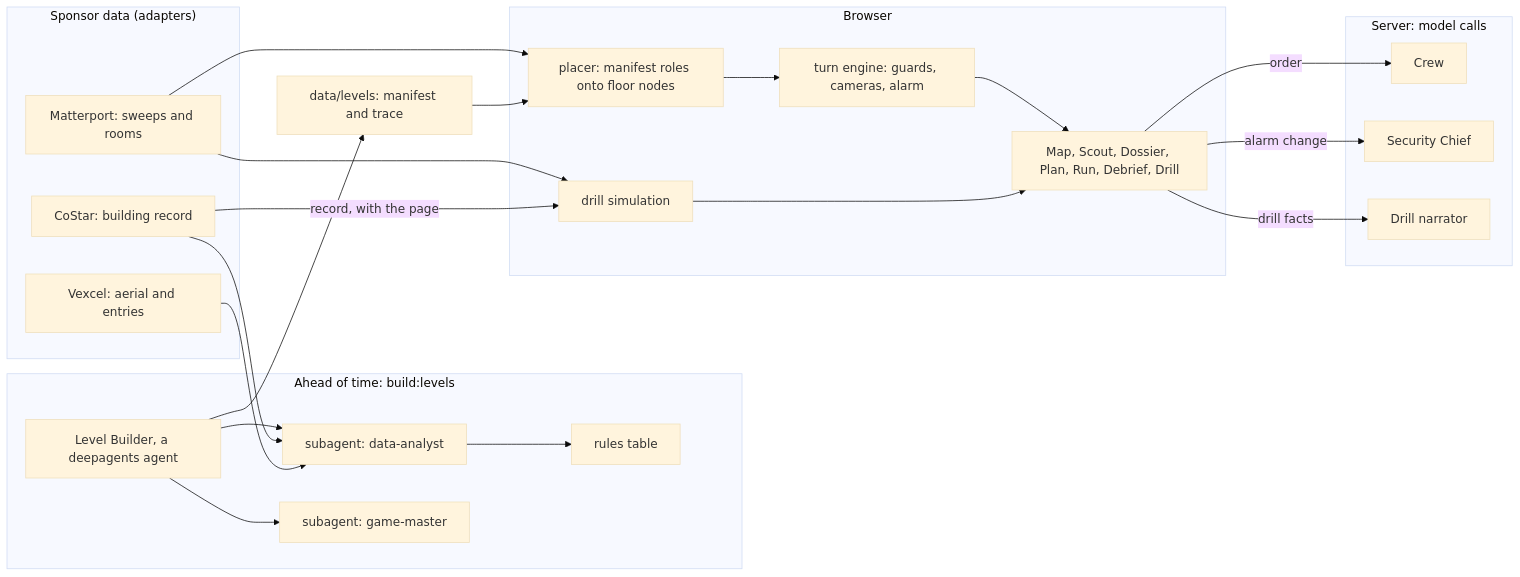
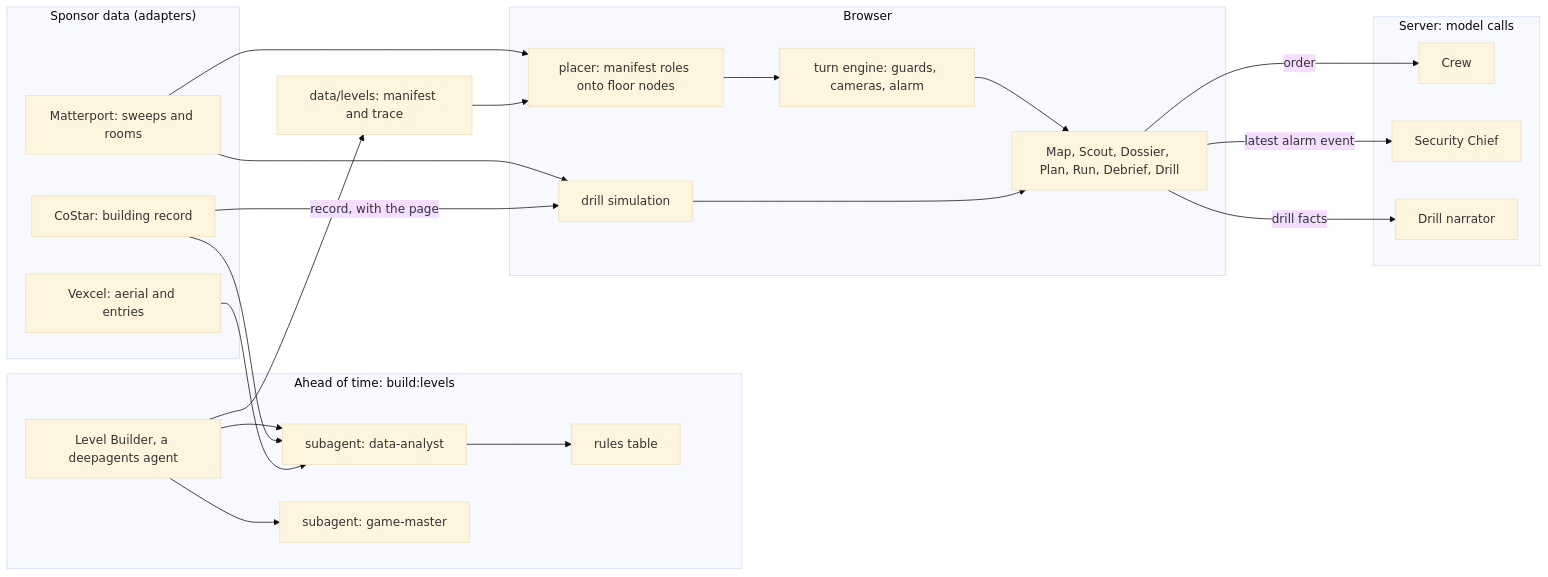
One commit to Ollienel777/Insider changed the diagram in README.md. Above: the diagram before and after it, drawn with Mermaid (base theme). The commit also changed other lines of this file and 2 other files, not shown here.

````diff
--- a/README.md
+++ b/README.md
@@ -79,47 +81,47 @@
 ```mermaid
 flowchart LR
   subgraph Data["Sponsor data (adapters)"]
     CS["CoStar: building record"]
     VX["Vexcel: aerial and entries"]
     MP["Matterport: sweeps and rooms"]
   end
 
   subgraph Ahead["Ahead of time: build:levels"]
     LB["Level Builder, a deepagents agent"]
     DA["subagent: data-analyst"]
     GM["subagent: game-master"]
     RT["rules table"]
     LB --> DA
     LB --> GM
     DA --> RT
   end
 
   CS --> DA
   VX --> DA
   LB --> MF["data/levels: manifest and trace"]
 
   subgraph Browser["Browser"]
     PL["placer: manifest roles onto floor nodes"]
     EN["turn engine: guards, cameras, alarm"]
     DR["drill simulation"]
     UI["Map, Scout, Dossier, Plan, Run, Debrief, Drill"]
     PL --> EN
     EN --> UI
     DR --> UI
   end
 
   MP --> PL
   MF --> PL
   MP --> DR
   CS -- "record, with the page" --> DR
 
   subgraph Live["Server: model calls"]
     CR["Crew"]
     CH["Security Chief"]
     NA["Drill narrator"]
   end
 
   UI -- "order" --> CR
-  UI -- "alarm change" --> CH
+  UI -- "latest alarm event" --> CH
   UI -- "drill facts" --> NA
 ```
````
